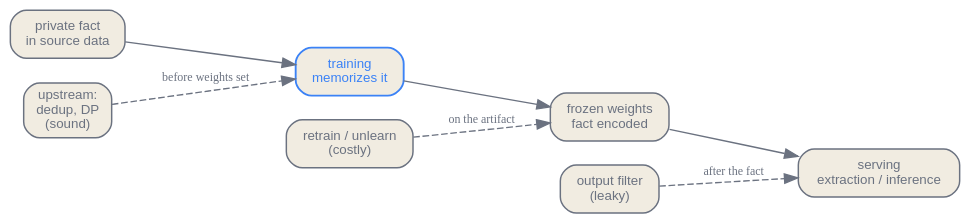
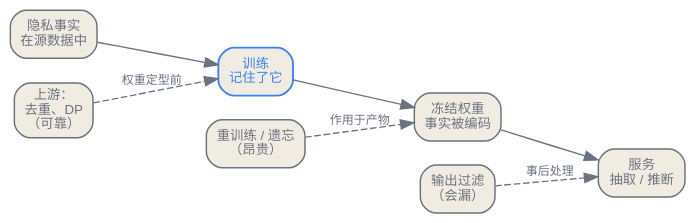
One commit to latere-ai/ai-as-an-infrastructure changed the diagram in zh/safety/06-privacy-provenance-unlearning.qmd. Above: the diagram before and after it, drawn with Graphviz. The commit also changed 273 other files, not shown here.

Commit message:
docs: localize Chinese diagrams

````diff
--- a/zh/safety/06-privacy-provenance-unlearning.qmd
+++ b/zh/safety/06-privacy-provenance-unlearning.qmd
@@ -15,25 +15,25 @@
 ```{dot}
 //| label: fig-privacy-lifecycle
 //| fig-cap: "一个隐私事实穿过技术栈的生命周期，以及可以介入的三个位置。上游控制（去重、差分隐私）在权重定型之前起作用；重训练或遗忘以高昂代价作用于已冻结的产物；下游输出过滤器是诱人却最弱的选项，因为它无法移除权重已经编码的东西。"
 digraph privacy {
   rankdir=LR;
   bgcolor="transparent";
   node [shape=box, style="rounded,filled", fontname="Helvetica", fontsize=10, color="#6b7280", fontcolor="#6b7280", fillcolor="#f1ece1", penwidth=1.1];
   edge [color="#6b7280", fontcolor="#6b7280", fontsize=9];
 
-  fact  [label="private fact\nin source data"];
-  train [label="training\nmemorizes it", color="#3b82f6", fontcolor="#3b82f6", penwidth=1.4];
-  weights [label="frozen weights\nfact encoded"];
-  serve [label="serving\nextraction / inference"];
+  fact  [label="隐私事实\n在源数据中"];
+  train [label="训练\n记住了它", color="#3b82f6", fontcolor="#3b82f6", penwidth=1.4];
+  weights [label="冻结权重\n事实被编码"];
+  serve [label="服务\n抽取 / 推断"];
 
   fact -> train -> weights -> serve;
 
-  up   [label="upstream:\ndedup, DP\n(sound)"];
-  re   [label="retrain / unlearn\n(costly)"];
-  down [label="output filter\n(leaky)"];
+  up   [label="上游：\n去重、DP\n（可靠）"];
+  re   [label="重训练 / 遗忘\n（昂贵）"];
+  down [label="输出过滤\n（会漏）"];
 
-  up -> train [style=dashed, label="before weights set"];
-  re -> weights [style=dashed, label="on the artifact"];
-  down -> serve [style=dashed, label="after the fact"];
+  up -> train [style=dashed, label="权重定型前"];
+  re -> weights [style=dashed, label="作用于产物"];
+  down -> serve [style=dashed, label="事后处理"];
 }
 ```
````
